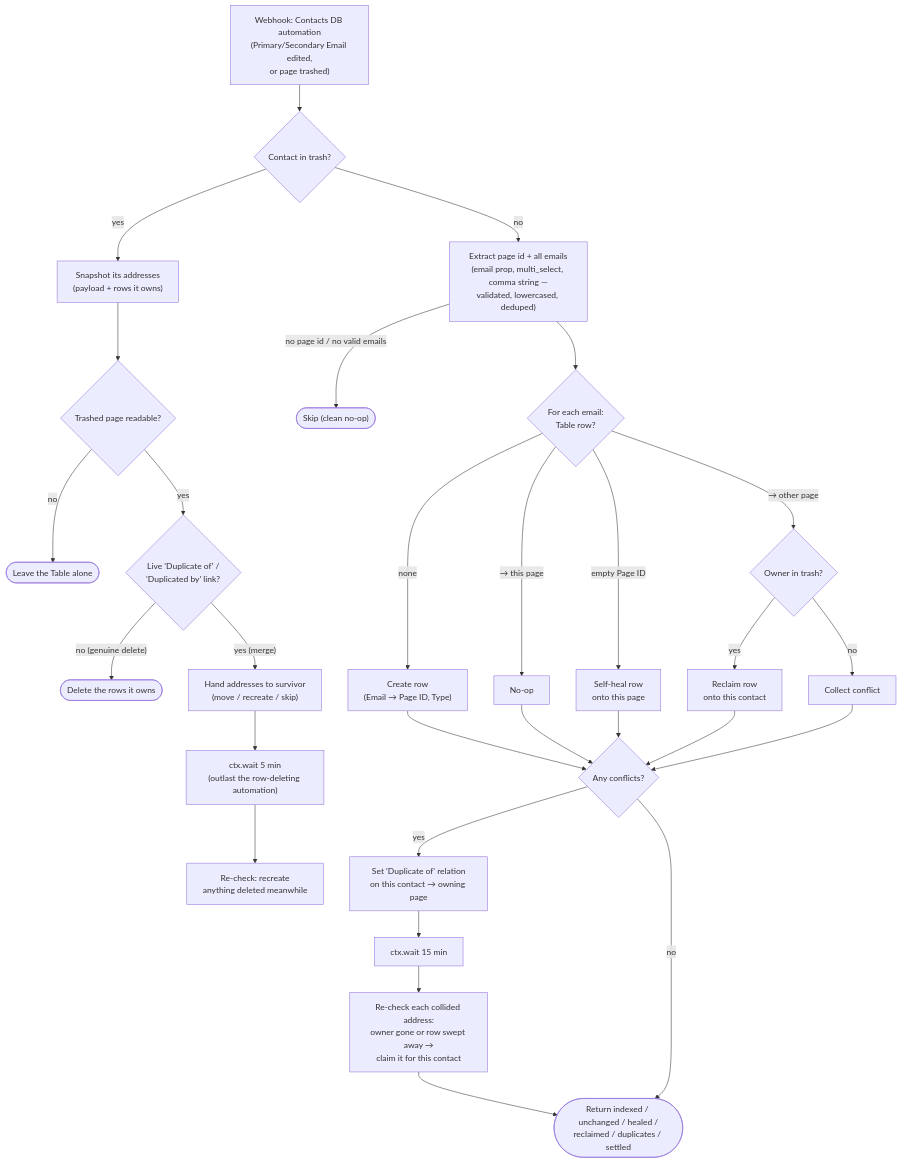
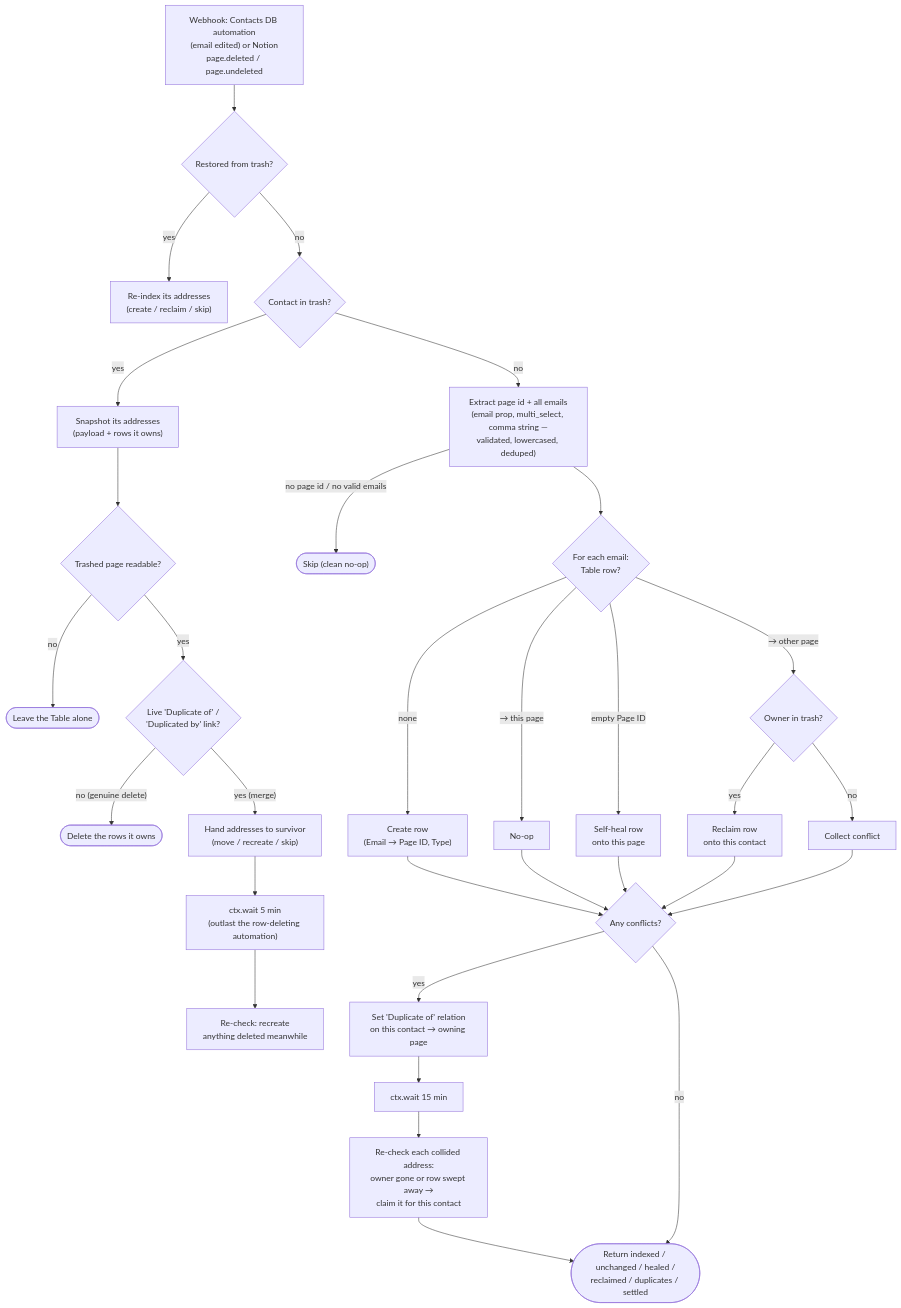
The diagram in contact-emails-to-zapier-table/README.md (work-flowers/zapier-sdk), drawn with Mermaid before and after one commit. The commit also changed other lines of this file and 3 other files, not shown here.

````diff
--- a/contact-emails-to-zapier-table/README.md
+++ b/contact-emails-to-zapier-table/README.md
@@ -47,31 +49,33 @@
 ```mermaid
 flowchart TD
-    A["Webhook: Contacts DB automation<br/>(Primary/Secondary Email edited,<br/>or page trashed)"] --> T{"Contact in trash?"}
+    A["Webhook: Contacts DB automation<br/>(email edited) or Notion<br/>page.deleted / page.undeleted"] --> U{"Restored from trash?"}
+    U -- yes --> RS["Re-index its addresses<br/>(create / reclaim / skip)"]
+    U -- no --> T{"Contact in trash?"}
     T -- yes --> M1["Snapshot its addresses<br/>(payload + rows it owns)"]
     M1 --> M2{"Trashed page readable?"}
     M2 -- no --> MS(["Leave the Table alone"])
     M2 -- yes --> M2b{"Live 'Duplicate of' /<br/>'Duplicated by' link?"}
     M2b -- "no (genuine delete)" --> MD(["Delete the rows it owns"])
     M2b -- "yes (merge)" --> M3["Hand addresses to survivor<br/>(move / recreate / skip)"]
     M3 --> M4["ctx.wait 5 min<br/>(outlast the row-deleting automation)"]
     M4 --> M5["Re-check: recreate<br/>anything deleted meanwhile"]
     T -- no --> B["Extract page id + all emails<br/>(email prop, multi_select, comma string —<br/>validated, lowercased, deduped)"]
     B -- "no page id / no valid emails" --> S(["Skip (clean no-op)"])
     B --> C{"For each email:<br/>Table row?"}
     C -- none --> D["Create row<br/>(Email → Page ID, Type)"]
     C -- "→ this page" --> E["No-op"]
     C -- "empty Page ID" --> F["Self-heal row<br/>onto this page"]
     C -- "→ other page" --> O{"Owner in trash?"}
     O -- yes --> R["Reclaim row<br/>onto this contact"]
     O -- no --> G["Collect conflict"]
     D --> H
     E --> H
     F --> H
     R --> H
     G --> H{"Any conflicts?"}
     H -- yes --> I["Set 'Duplicate of' relation<br/>on this contact → owning page"]
     I --> K["ctx.wait 15 min"]
     K --> L["Re-check each collided address:<br/>owner gone or row swept away →<br/>claim it for this contact"]
     L --> J
     H -- no --> J(["Return indexed / unchanged / healed /<br/>reclaimed / duplicates / settled"])
 ```
````
